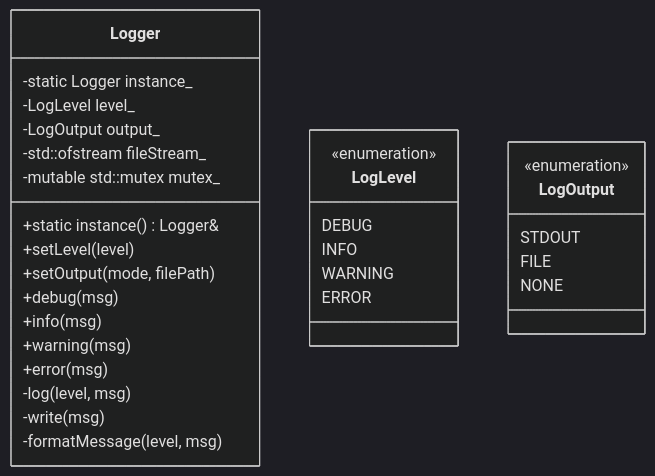
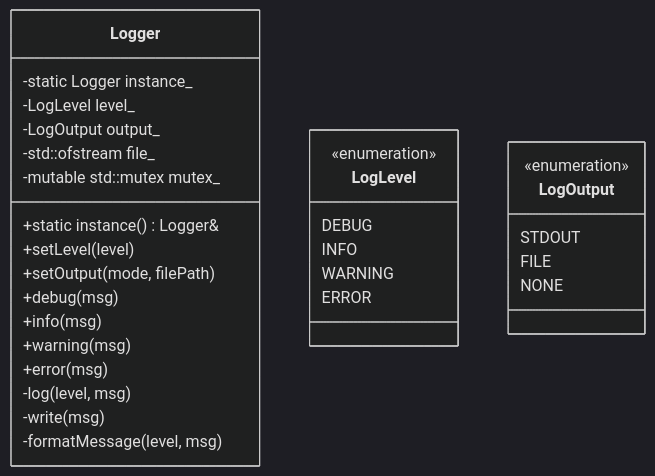
The diagram in docs/modules/cpp/core/Logger.md (ymj68520/TraceLens), drawn with Mermaid (dark theme) before and after one commit. The commit also changed other lines of this file and 38 other files, not shown here.

````diff
--- a/docs/modules/cpp/core/Logger.md
+++ b/docs/modules/cpp/core/Logger.md
@@ -155,35 +155,35 @@
 ```mermaid
 classDiagram
     class Logger {
         -static Logger instance_
         -LogLevel level_
         -LogOutput output_
-        -std::ofstream fileStream_
+        -std::ofstream file_
         -mutable std::mutex mutex_
         +static instance() Logger&
         +setLevel(level)
         +setOutput(mode, filePath)
         +debug(msg)
         +info(msg)
         +warning(msg)
         +error(msg)
         -log(level, msg)
         -write(msg)
         -formatMessage(level, msg)
     }
 
     class LogLevel {
         <<enumeration>>
         DEBUG
         INFO
         WARNING
         ERROR
     }
 
     class LogOutput {
         <<enumeration>>
         STDOUT
         FILE
         NONE
     }
 ```
````
